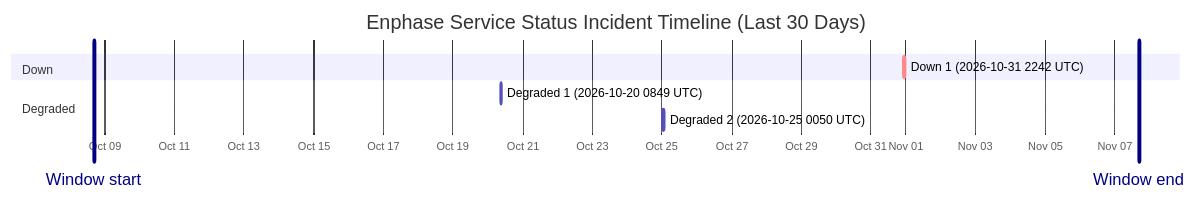
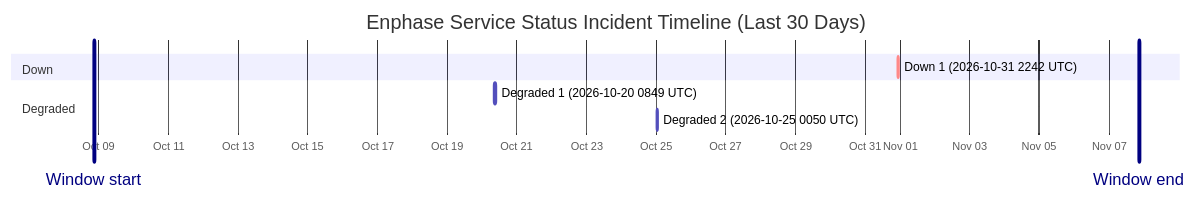
The diagram in wiki/Service-Status-History.md (barneyonline/ha-enphase-energy), drawn with Mermaid before and after one commit. The commit also changed other lines of this file and 3 other files, not shown here.

````diff
--- a/wiki/Service-Status-History.md
+++ b/wiki/Service-Status-History.md
@@ -14,13 +14,13 @@
 ```mermaid
 gantt
     title Enphase Service Status Incident Timeline (Last 30 Days)
     dateFormat  YYYY-MM-DDTHH:mm:ss
     axisFormat  %b %d
-    Window start :vert, window-start, 2026-10-08T16:44:02, 0ms
-    Window end :vert, window-end, 2026-11-07T16:44:02, 0ms
+    Window start :vert, window-start, 2026-10-08T20:39:40, 0ms
+    Window end :vert, window-end, 2026-11-07T20:39:40, 0ms
     section Down
     Down 1 (2026-10-31 2242 UTC) :crit, down-1, 2026-10-31T22:42:18, 60m
     section Degraded
     Degraded 1 (2026-10-20 0849 UTC) :active, degraded-1, 2026-10-20T08:49:49, 60m
     Degraded 2 (2026-10-25 0050 UTC) :active, degraded-2, 2026-10-25T00:50:01, 60m
 ```
````
